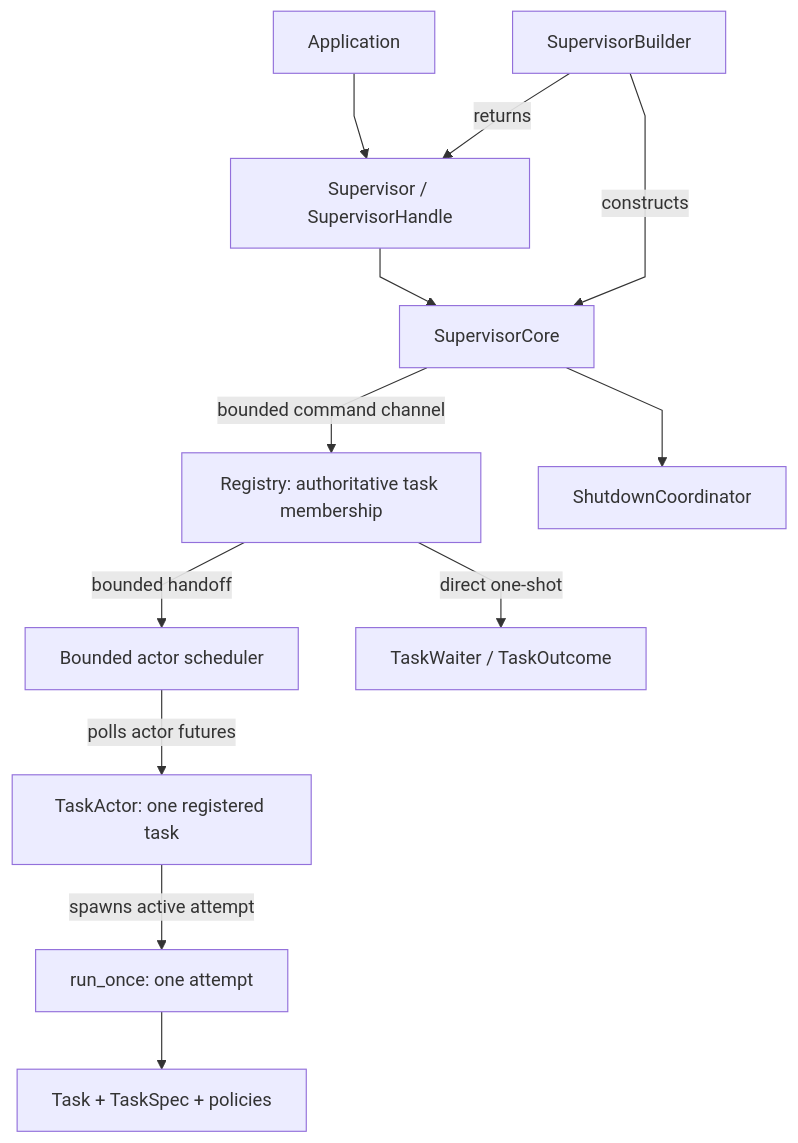
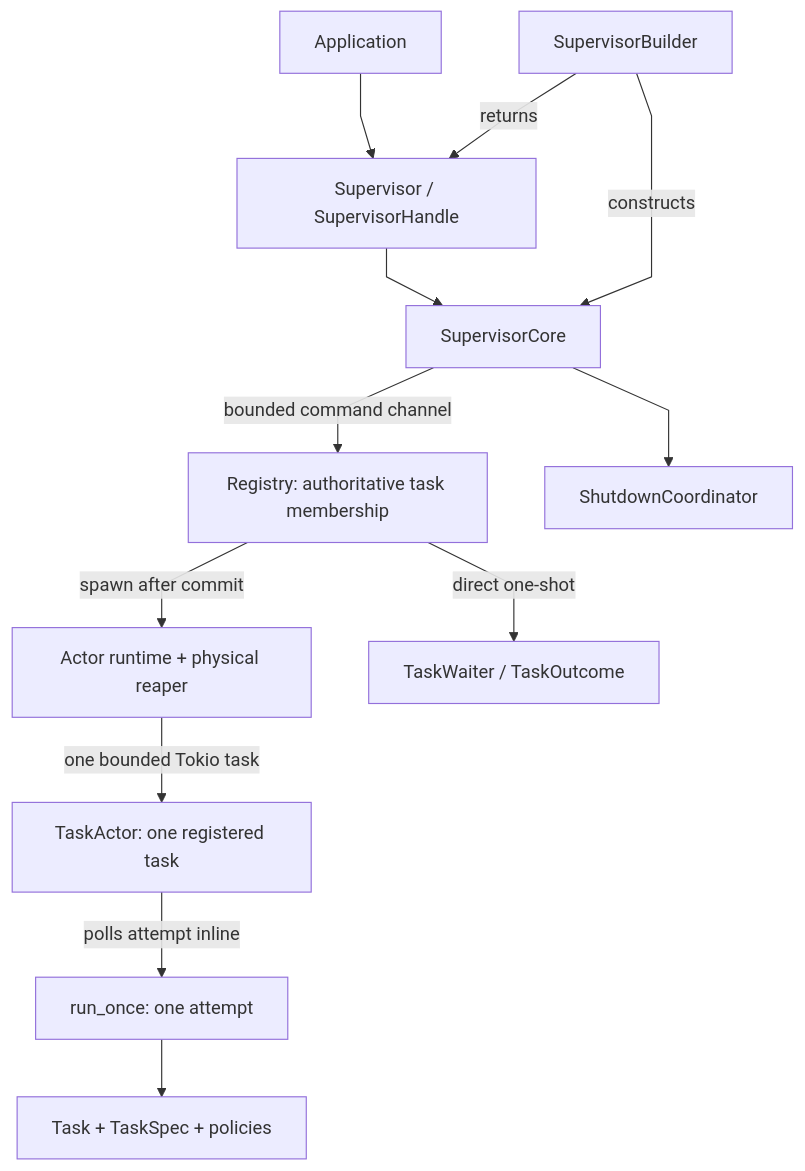
The first of 10 diagrams in src/ARCHITECTURE.md (soltiHQ/taskvisor), drawn with Mermaid before and after one commit. The commit also changed other lines of this file and 70 other files, not shown here.

````diff
--- a/src/ARCHITECTURE.md
+++ b/src/ARCHITECTURE.md
@@ -35,27 +35,27 @@
 ```mermaid
 %%{init: {"flowchart": {"curve": "linear"}}}%%
 flowchart TB
     App["Application"]
     Builder["SupervisorBuilder"]
     Supervisor["Supervisor / SupervisorHandle"]
     Core["SupervisorCore"]
     Registry["Registry: authoritative task membership"]
-    Scheduler["Bounded actor scheduler"]
+    Actors["Actor runtime + physical reaper"]
     Actor["TaskActor: one registered task"]
     Runner["run_once: one attempt"]
     Task["Task + TaskSpec + policies"]
     Shutdown["ShutdownCoordinator"]
     Waiter["TaskWaiter / TaskOutcome"]
 
     App --> Supervisor
     Builder -->|returns| Supervisor
     Supervisor --> Core
     Builder -->|constructs| Core
     Core -->|bounded command channel| Registry
-    Registry -->|bounded handoff| Scheduler
-    Scheduler -->|polls actor futures| Actor
-    Actor -->|spawns active attempt| Runner
+    Registry -->|spawn after commit| Actors
+    Actors -->|one bounded Tokio task| Actor
+    Actor -->|polls attempt inline| Runner
     Runner --> Task
     Core --> Shutdown
     Registry -->|direct one-shot| Waiter
 ```
````
